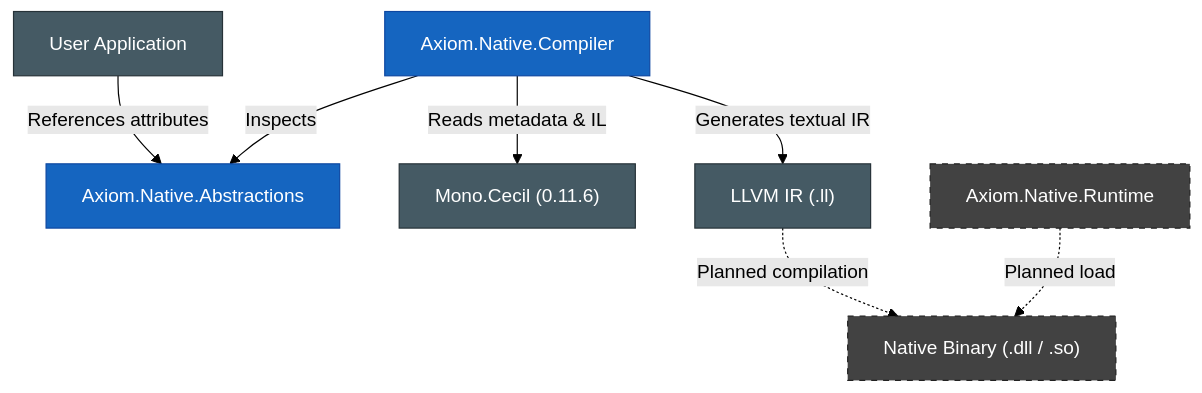
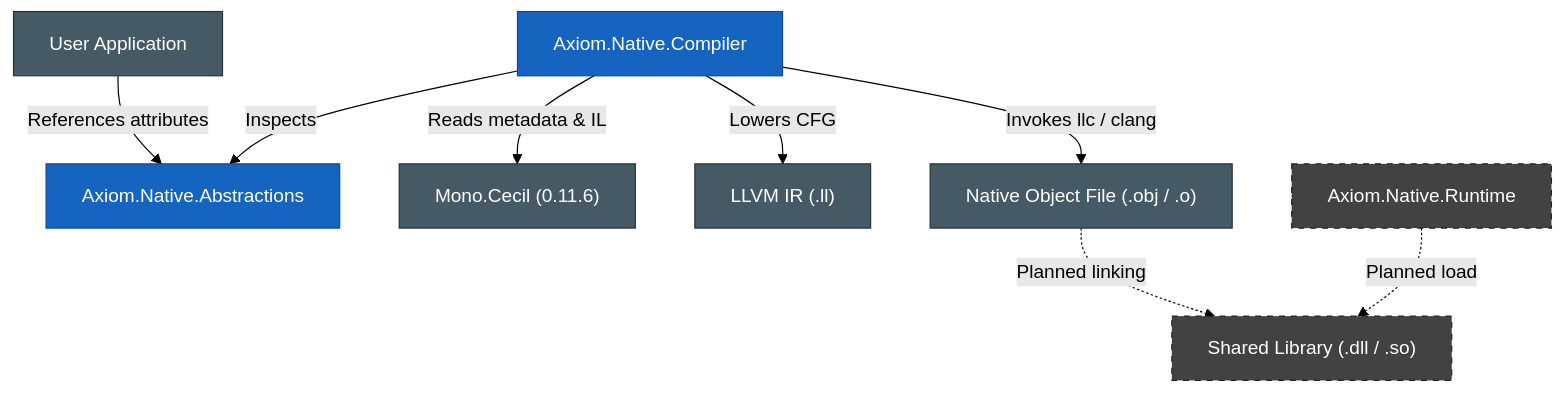
The first of 2 diagrams in docs/architecture.md (nyanworkz/Axiom.Native), drawn with Mermaid (forest theme) before and after one commit. The commit also changed other lines of this file and 20 other files, not shown here.

````diff
--- a/docs/architecture.md
+++ b/docs/architecture.md
@@ -44,17 +54,18 @@
 ```mermaid
 flowchart TD
     UserApp["User Application"] -->|References attributes| Abstractions["Axiom.Native.Abstractions"]
     Compiler["Axiom.Native.Compiler"] -->|Inspects| Abstractions
     Compiler -->|Reads metadata & IL| Cecil["Mono.Cecil (0.11.6)"]
-    Compiler -->|Generates textual IR| LlvmIR["LLVM IR (.ll)"]
-    LlvmIR -.->|Planned compilation| NativeBin["Native Binary (.dll / .so)"]
-    Runtime["Axiom.Native.Runtime"] -.->|Planned load| NativeBin
+    Compiler -->|Lowers CFG| LlvmIR["LLVM IR (.ll)"]
+    Compiler -->|Invokes llc / clang| ObjFile["Native Object File (.obj / .o)"]
+    ObjFile -.->|Planned linking| SharedLib["Shared Library (.dll / .so)"]
+    Runtime["Axiom.Native.Runtime"] -.->|Planned load| SharedLib
 
     classDef comp fill:#1565c0,stroke:#0d47a1,color:#fff;
     classDef dep fill:#455a64,stroke:#263238,color:#fff;
     classDef planned fill:#424242,stroke:#212121,stroke-dasharray: 5 5,color:#fff;
 
     class Abstractions,Compiler comp;
-    class Cecil,UserApp,LlvmIR dep;
-    class NativeBin,Runtime planned;
+    class Cecil,UserApp,LlvmIR,ObjFile dep;
+    class SharedLib,Runtime planned;
 ```
````
